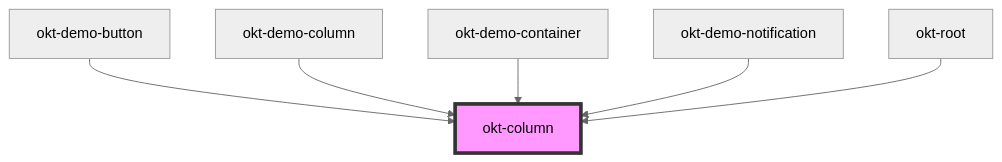
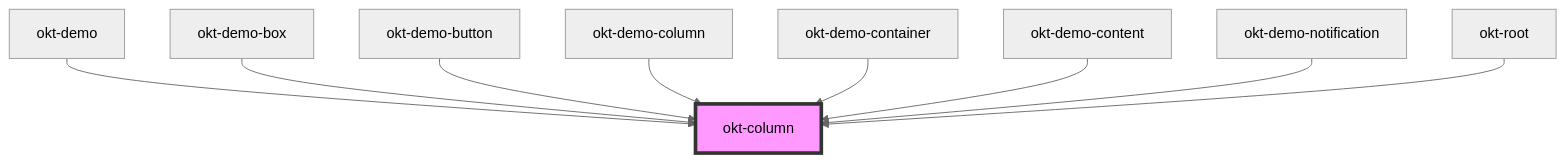
The diagram in src/components/column/readme.md (oktopusdgtl/bulma-components), drawn with Mermaid (neutral theme) before and after one commit. The commit also changed other lines of this file and 12 other files, not shown here.

````diff
--- a/src/components/column/readme.md
+++ b/src/components/column/readme.md
@@ -40,9 +43,12 @@
 ```mermaid
 graph TD;
+  okt-demo --> okt-column
+  okt-demo-box --> okt-column
   okt-demo-button --> okt-column
   okt-demo-column --> okt-column
   okt-demo-container --> okt-column
+  okt-demo-content --> okt-column
   okt-demo-notification --> okt-column
   okt-root --> okt-column
   style okt-column fill:#f9f,stroke:#333,stroke-width:4px
 ```
````
